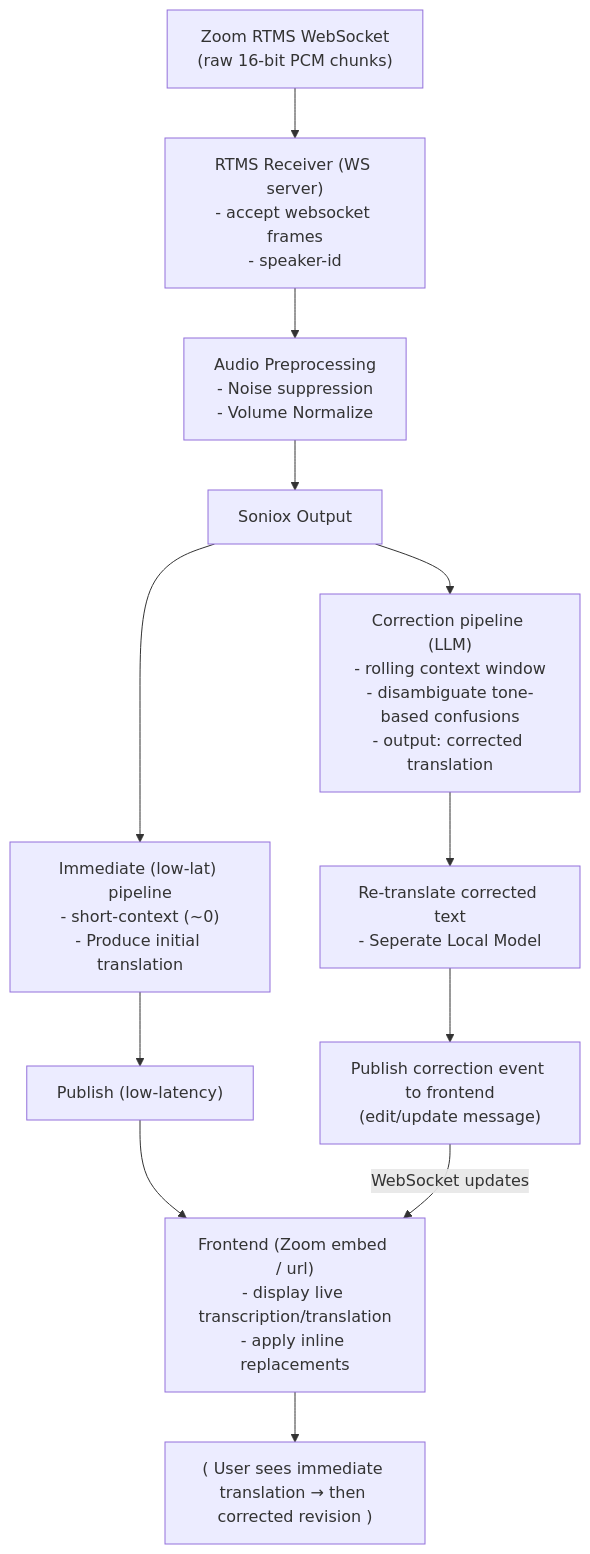
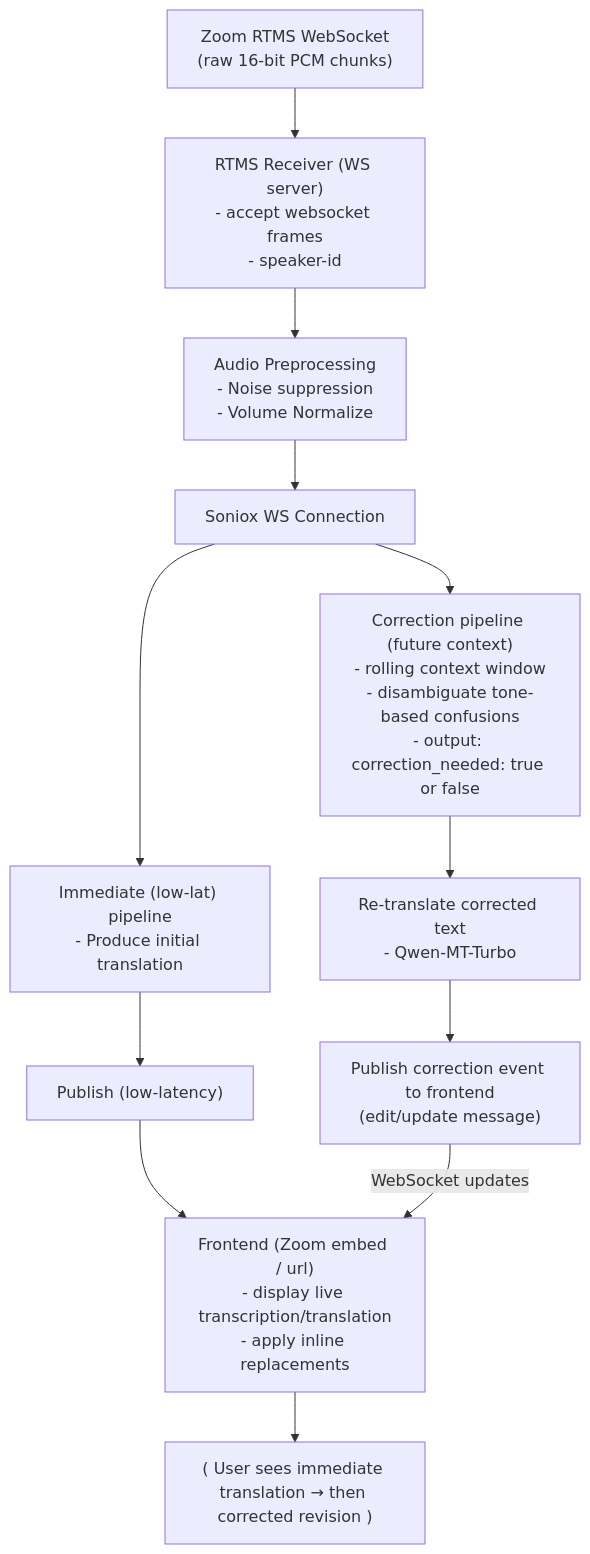
One commit to jcarpenter-uam/calc-translation changed the diagram in README.md. Above: the diagram before and after it, drawn with Mermaid.

````diff
--- a/README.md
+++ b/README.md
@@ -9,18 +9,18 @@
 ```mermaid
 graph TD
     A["Zoom RTMS WebSocket<br>(raw 16-bit PCM chunks)"] --> B["RTMS Receiver (WS server)<br>- accept websocket frames<br>- speaker-id"];
     B --> C["Audio Preprocessing<br>- Noise suppression<br>- Volume Normalize"];
-    C --> D["Soniox Output"];
+    C --> D["Soniox WS Connection"];
 
-    D --> I["Immediate (low-lat) pipeline<br>- short-context (~0)<br>- Produce initial translation"];
-    D --> J["Correction pipeline (LLM)<br>- rolling context window<br>- disambiguate tone-based confusions<br>- output: corrected translation"];
+    D --> E["Immediate (low-lat) pipeline<br>- Produce initial translation"];
+    D --> F["Correction pipeline (future context)<br>- rolling context window<br>- disambiguate tone-based confusions<br>- output: correction_needed: true or false "];
 
-    I --> K["Publish (low-latency)"];
-    J --> L["Re-translate corrected text<br>- Seperate Local Model"];
-    L --> M["Publish correction event to frontend<br>(edit/update message)"];
+    E --> G["Publish (low-latency)"];
+    F --> H["Re-translate corrected text<br>- Qwen-MT-Turbo"];
+    H --> I["Publish correction event to frontend<br>(edit/update message)"];
 
-    K --> N["Frontend (Zoom embed / url)<br>- display live transcription/translation<br>- apply inline replacements"];
-    M -- "WebSocket updates" --> N;
+    G --> J["Frontend (Zoom embed / url)<br>- display live transcription/translation<br>- apply inline replacements"];
+    I -- "WebSocket updates" --> J;
 
-    N --> O["( User sees immediate translation → then corrected revision )"];
+    J --> K["( User sees immediate translation → then corrected revision )"];
 ```
````
